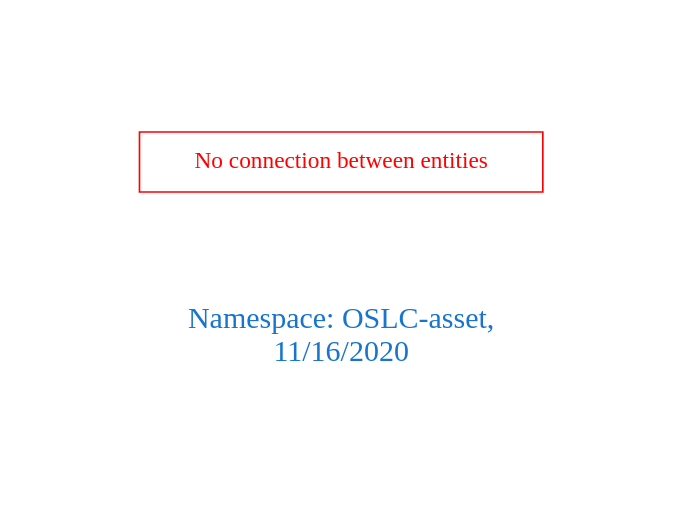
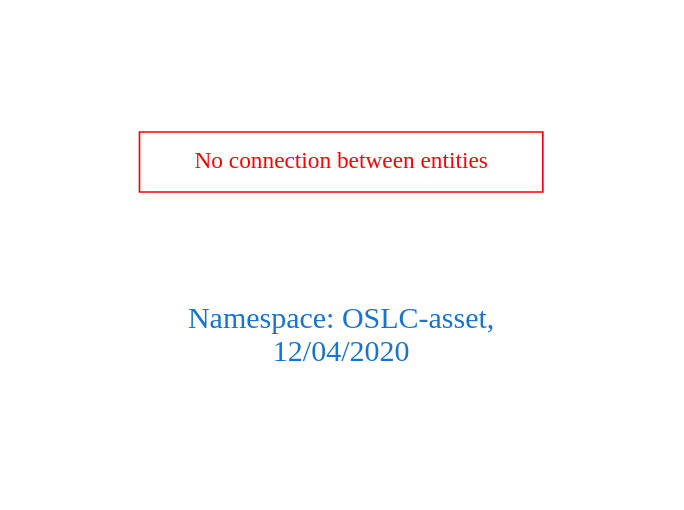
One commit to arago/OGIT changed the diagram in downloads/OSLC-asset.dot. Above: the diagram before and after it, drawn with Graphviz. The commit also changed 1822 other files, not shown here.

```diff
--- a/downloads/OSLC-asset.dot
+++ b/downloads/OSLC-asset.dot
@@ -1,9 +1,9 @@
 digraph OGIT_ontology {
  graph [ rankdir= LR,pad=1 
 fontsize = 18,
-fontcolor= dodgerblue3,label = "\n\n\nNamespace: OSLC-asset, \n 11/16/2020"];
+fontcolor= dodgerblue3,label = "\n\n\nNamespace: OSLC-asset, \n 12/04/2020"];
 node[shape=polygon];
 edge [  color="gray81"];
 
 "No connection between entities" [fontcolor = "red",color="red", shape="polygon"]
 }
```
